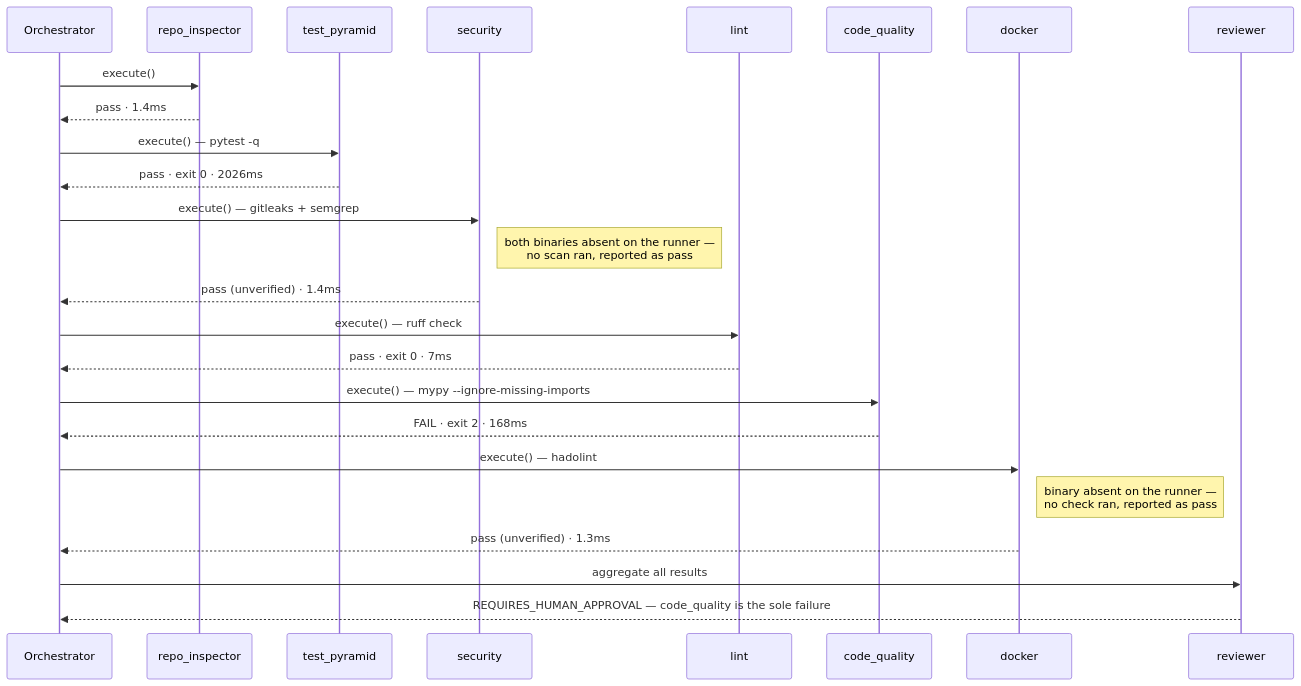
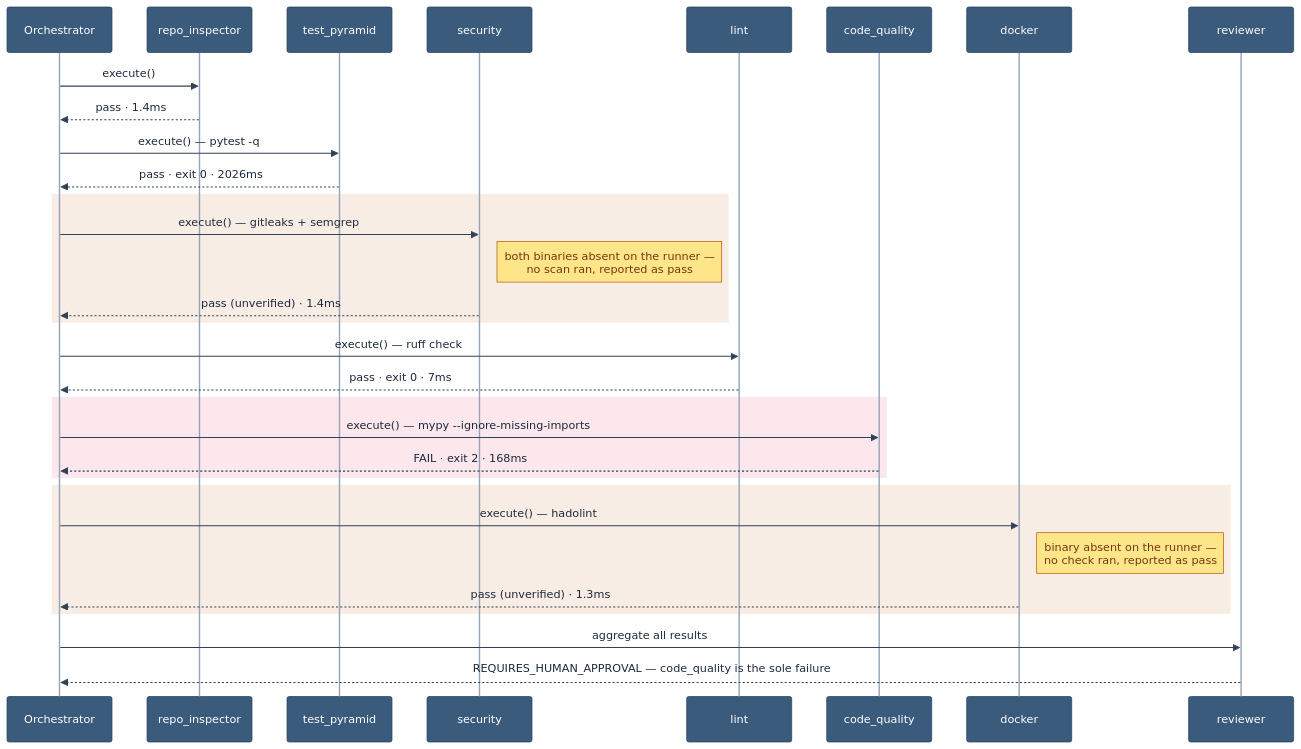
The seventh of 8 diagrams in docs/demo/newton-run-architecture.md (lorenzogirardi/agentic-sdlc), drawn with Mermaid before and after one commit. The commit also changed other lines of this file and 1 other file, not shown here.

First line of the commit message:
Color-code all diagrams: actors, platform, external systems, outcomes

````diff
--- a/docs/demo/newton-run-architecture.md
+++ b/docs/demo/newton-run-architecture.md
@@ -230,28 +270,35 @@
 ```mermaid
+%%{init: {'theme':'base', 'themeVariables': {'primaryColor':'#ff6b35','primaryBorderColor':'#c9451f','primaryTextColor':'#ffffff','actorBkg':'#3b5b7d','actorBorder':'#24405c','actorTextColor':'#ffffff','actorLineColor':'#94a3b8','signalColor':'#334155','signalTextColor':'#1e293b','labelBoxBkgColor':'#ff6b35','labelBoxBorderColor':'#c9451f','labelTextColor':'#ffffff','loopTextColor':'#334155','noteBkgColor':'#fde68a','noteBorderColor':'#b45309','noteTextColor':'#78350f','activationBorderColor':'#c9451f','activationBkgColor':'#ffd9c2','sequenceNumberColor':'#ffffff'}}}%%
 sequenceDiagram
     participant O as Orchestrator
     participant RI as repo_inspector
     participant TP as test_pyramid
     participant SEC as security
     participant LI as lint
     participant CQ as code_quality
     participant DK as docker
     participant REV as reviewer
 
     O->>RI: execute()
     RI-->>O: pass · 1.4ms
     O->>TP: execute() — pytest -q
     TP-->>O: pass · exit 0 · 2026ms
+    rect rgba(180,83,9,0.10)
     O->>SEC: execute() — gitleaks + semgrep
     Note right of SEC: both binaries absent on the runner —<br/>no scan ran, reported as pass
     SEC-->>O: pass (unverified) · 1.4ms
+    end
     O->>LI: execute() — ruff check
     LI-->>O: pass · exit 0 · 7ms
+    rect rgba(225,29,72,0.10)
     O->>CQ: execute() — mypy --ignore-missing-imports
     CQ-->>O: FAIL · exit 2 · 168ms
+    end
+    rect rgba(180,83,9,0.10)
     O->>DK: execute() — hadolint
     Note right of DK: binary absent on the runner —<br/>no check ran, reported as pass
     DK-->>O: pass (unverified) · 1.3ms
+    end
     O->>REV: aggregate all results
     REV-->>O: REQUIRES_HUMAN_APPROVAL — code_quality is the sole failure
 ```
````
